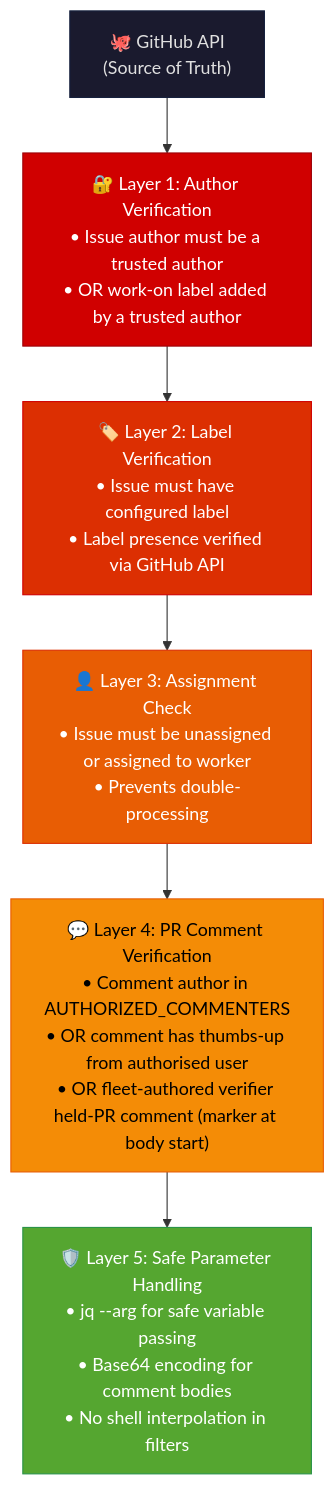
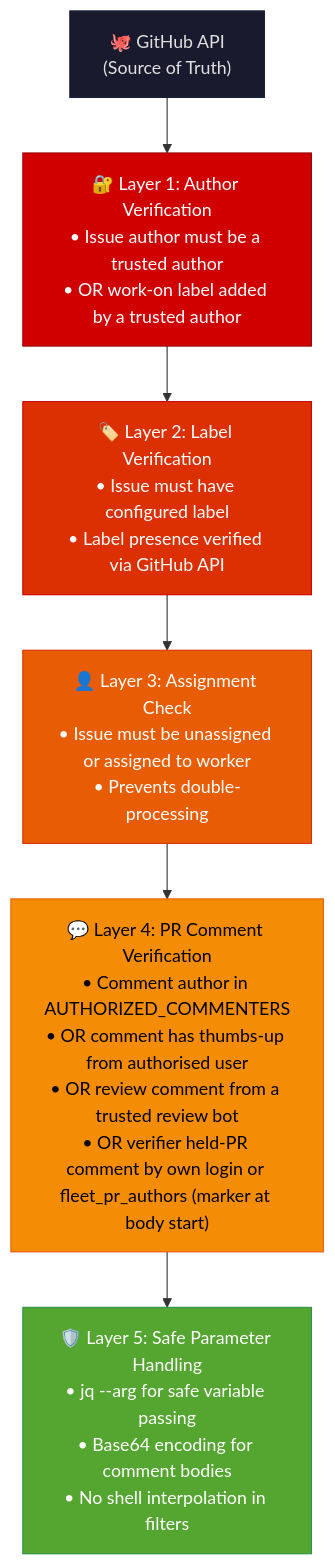
The first of 12 diagrams in SECURITY.md (stSoftwareAU/VibeCoder), drawn with Mermaid before and after one commit. The commit also changed 5 other files, not shown here.

First line of the commit message:
Pin the failed-release log context; describe the held-marker trust set as the head does (#3697)

````diff
--- a/SECURITY.md
+++ b/SECURITY.md
@@ -63,18 +63,18 @@
 ```mermaid
 flowchart TD
     API["🐙 GitHub API\n(Source of Truth)"]
     L1["🔐 Layer 1: Author Verification\n• Issue author must be a trusted author\n• OR work-on label added by a trusted author"]
     L2["🏷️ Layer 2: Label Verification\n• Issue must have configured label\n• Label presence verified via GitHub API"]
     L3["👤 Layer 3: Assignment Check\n• Issue must be unassigned or assigned to worker\n• Prevents double-processing"]
-    L4["💬 Layer 4: PR Comment Verification\n• Comment author in AUTHORIZED_COMMENTERS\n• OR comment has thumbs-up from authorised user\n• OR fleet-authored verifier held-PR comment (marker at body start)"]
+    L4["💬 Layer 4: PR Comment Verification\n• Comment author in AUTHORIZED_COMMENTERS\n• OR comment has thumbs-up from authorised user\n• OR review comment from a trusted review bot\n• OR verifier held-PR comment by own login or fleet_pr_authors (marker at body start)"]
     L5["🛡️ Layer 5: Safe Parameter Handling\n• jq --arg for safe variable passing\n• Base64 encoding for comment bodies\n• No shell interpolation in filters"]
 
     API --> L1 --> L2 --> L3 --> L4 --> L5
 
     style API fill:#1a1a2e,stroke:#16213e,color:#e0e0e0
     style L1 fill:#d00000,stroke:#9d0208,color:#fff
     style L2 fill:#dc2f02,stroke:#d00000,color:#fff
     style L3 fill:#e85d04,stroke:#dc2f02,color:#fff
     style L4 fill:#f48c06,stroke:#e85d04,color:#000
     style L5 fill:#55a630,stroke:#2b9348,color:#fff
 ```
````
